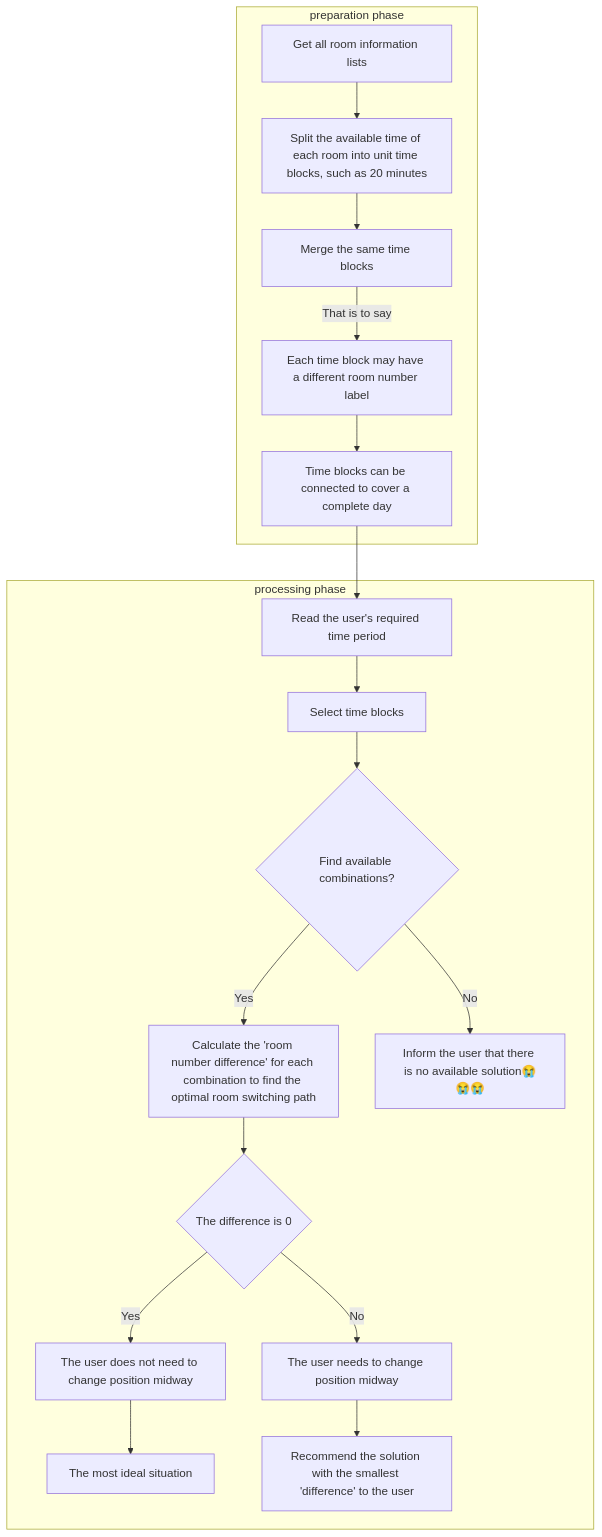
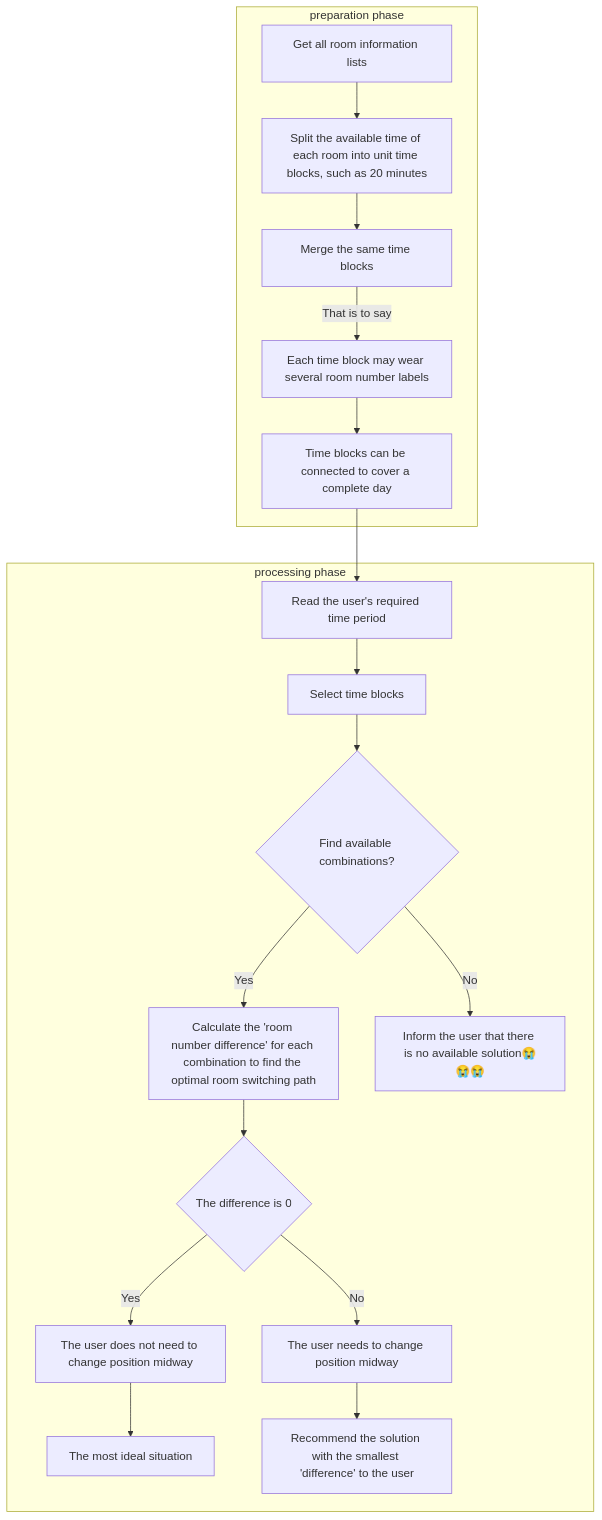
One commit to sealeelike/Enjoy-your-seat changed the second of 2 diagrams in README.md. Above: the diagram before and after it, drawn with Mermaid.

````diff
--- a/README.md
+++ b/README.md
@@ -27,18 +27,18 @@
 ```mermaid
 graph TD
 subgraph preparation phase
-A[Get all room information lists] --> B[Split the available time of each room into unit time blocks, such as 20 minutes] --> C[Merge the same time blocks] -- That is to say --> D[Each time block may have a different room number label] --> E[Time blocks can be connected to cover a complete day]
+A[Get all room information lists] --> B[Split the available time of each room into unit time blocks, such as 20 minutes] --> C[Merge the same time blocks] -- That is to say --> D[Each time block may wear several room number labels] --> E[Time blocks can be connected to cover a complete day]
 end
 
 subgraph processing phase
 E --> F[Read the user's required time period] --> G[Select time blocks]
 G --> H{Find available combinations?}
 H -- Yes --> I[Calculate the 'room number difference' for each combination to find the optimal room switching path]
 I --> J{The difference is 0}
 J -- Yes --> K[The user does not need to change position midway]
 J -- No --> L[The user needs to change position midway]
 K --> O[The most ideal situation]
 L --> M[Recommend the solution with the smallest 'difference' to the user]
 H -- No --> N[Inform the user that there is no available solution😭😭😭]
 end
 ```
````
